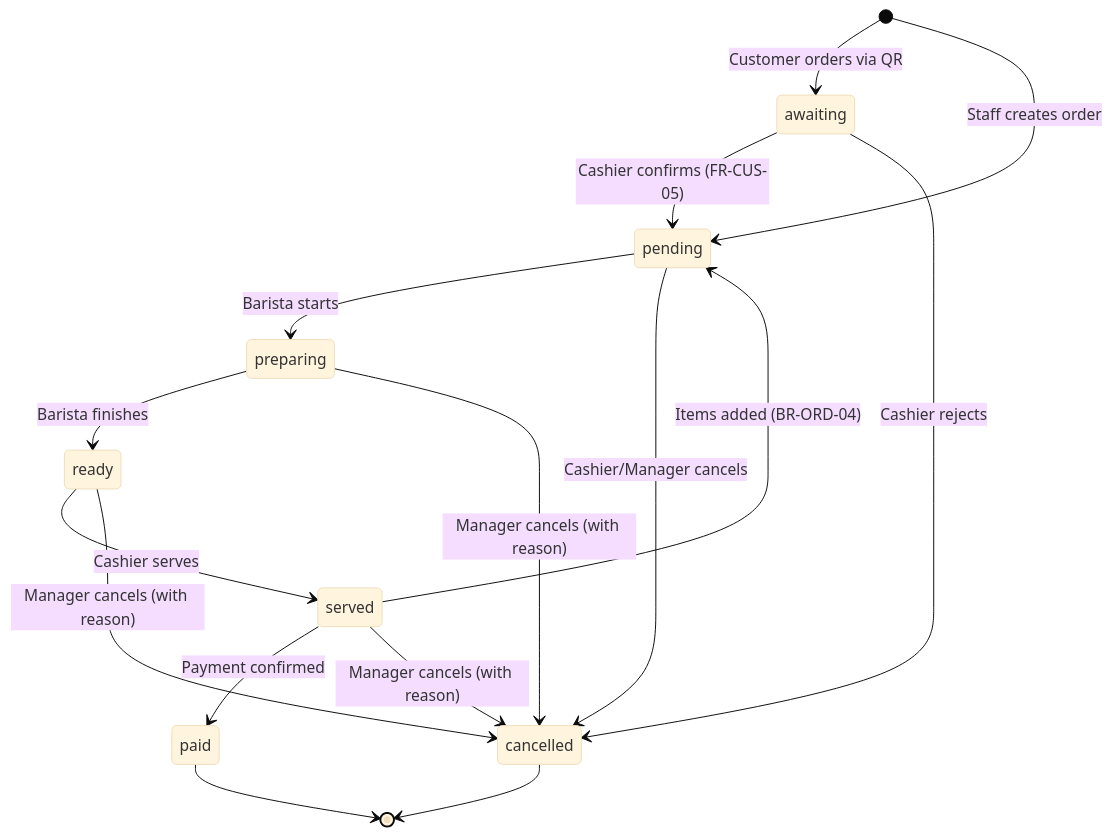
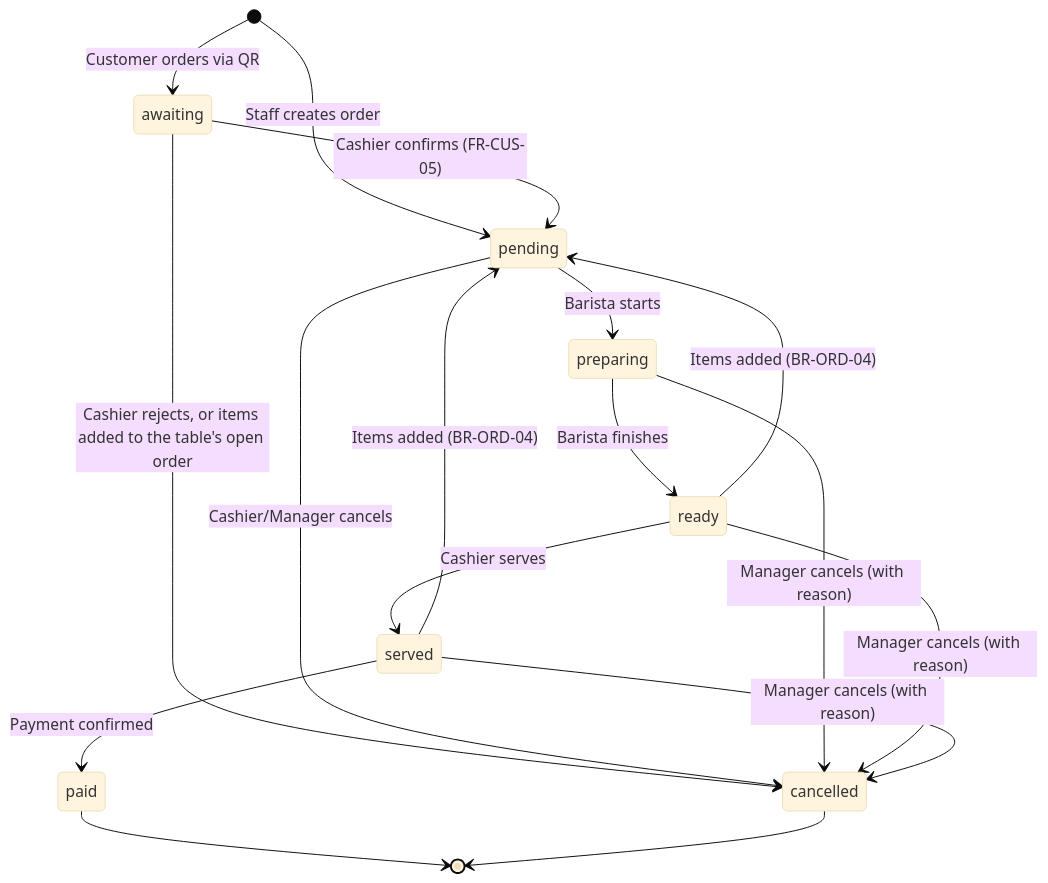
The second of 4 diagrams in docs/product-brief.md (huytran303/CafeManagementSystem), drawn with Mermaid (base theme) before and after one commit. The commit also changed other lines of this file and 87 other files, not shown here.

First line of the commit message:
docs: allow add-on items to an open table order

````diff
--- a/docs/product-brief.md
+++ b/docs/product-brief.md
@@ -152,18 +156,19 @@
 ```mermaid
 stateDiagram-v2
     [*] --> awaiting: Customer orders via QR
     [*] --> pending: Staff creates order
     awaiting --> pending: Cashier confirms (FR-CUS-05)
-    awaiting --> cancelled: Cashier rejects
+    awaiting --> cancelled: Cashier rejects, or items added to the table's open order
     pending --> preparing: Barista starts
     pending --> cancelled: Cashier/Manager cancels
     preparing --> ready: Barista finishes
     preparing --> cancelled: Manager cancels (with reason)
     ready --> served: Cashier serves
+    ready --> pending: Items added (BR-ORD-04)
     ready --> cancelled: Manager cancels (with reason)
     served --> paid: Payment confirmed
     served --> pending: Items added (BR-ORD-04)
     served --> cancelled: Manager cancels (with reason)
     paid --> [*]
     cancelled --> [*]
 ```
````
